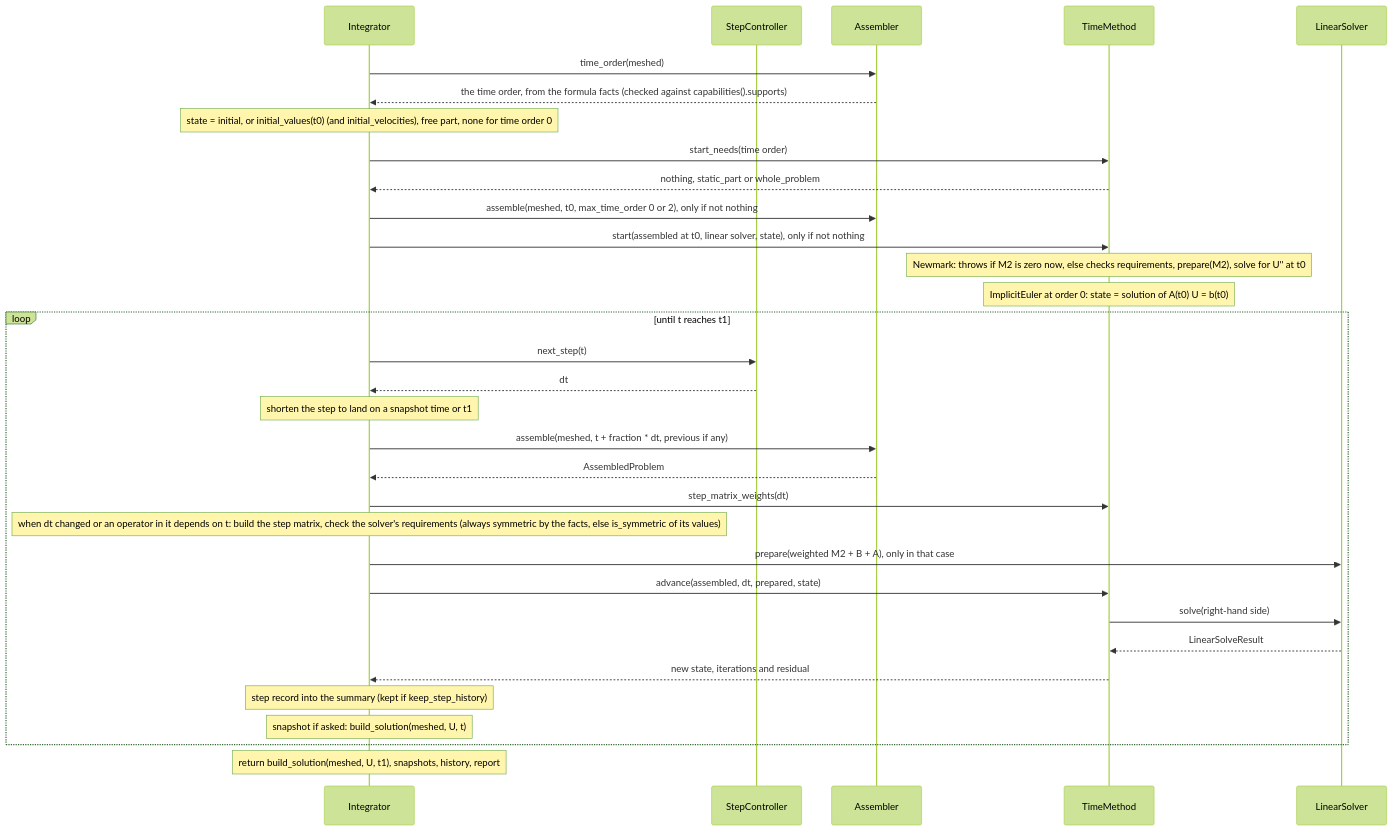
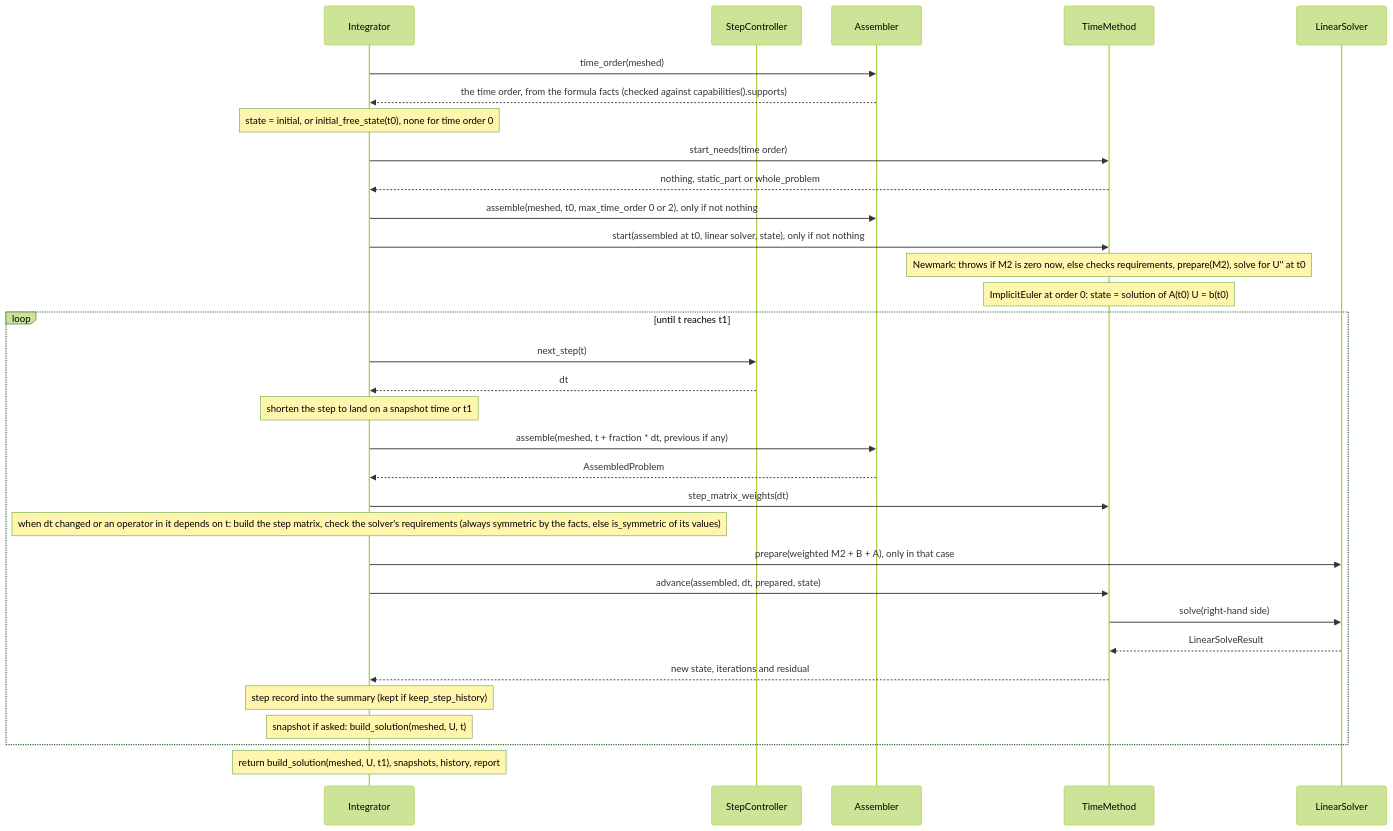
One commit to dmglushko/2d-pde changed the tenth of 11 diagrams in docs/architecture.md. Above: the diagram before and after it, drawn with Mermaid (forest theme). The commit also changed other lines of this file and 6 other files, not shown here.

First line of the commit message:
Start the integrator from MeshedProblem::initial_free_state (review finding)

````diff
--- a/docs/architecture.md
+++ b/docs/architecture.md
@@ -422,34 +423,34 @@
 ```mermaid
 sequenceDiagram
     participant I as Integrator
     participant C as StepController
     participant A as Assembler
     participant M as TimeMethod
     participant L as LinearSolver
     I->>A: time_order(meshed)
     A-->>I: the time order, from the formula facts (checked against capabilities().supports)
-    Note over I: state = initial, or initial_values(t0) (and initial_velocities), free part, none for time order 0
+    Note over I: state = initial, or initial_free_state(t0), none for time order 0
     I->>M: start_needs(time order)
     M-->>I: nothing, static_part or whole_problem
     I->>A: assemble(meshed, t0, max_time_order 0 or 2), only if not nothing
     I->>M: start(assembled at t0, linear solver, state), only if not nothing
     Note over M: Newmark: throws if M2 is zero now, else checks requirements, prepare(M2), solve for U'' at t0
     Note over M: ImplicitEuler at order 0: state = solution of A(t0) U = b(t0)
     loop until t reaches t1
         I->>C: next_step(t)
         C-->>I: dt
         Note over I: shorten the step to land on a snapshot time or t1
         I->>A: assemble(meshed, t + fraction * dt, previous if any)
         A-->>I: AssembledProblem
         I->>M: step_matrix_weights(dt)
         Note over I: when dt changed or an operator in it depends on t: build the step matrix, check the solver's requirements (always symmetric by the facts, else is_symmetric of its values)
         I->>L: prepare(weighted M2 + B + A), only in that case
         I->>M: advance(assembled, dt, prepared, state)
         M->>L: solve(right-hand side)
         L-->>M: LinearSolveResult
         M-->>I: new state, iterations and residual
         Note over I: step record into the summary (kept if keep_step_history)
         Note over I: snapshot if asked: build_solution(meshed, U, t)
     end
     Note over I: return build_solution(meshed, U, t1), snapshots, history, report
 ```
````
